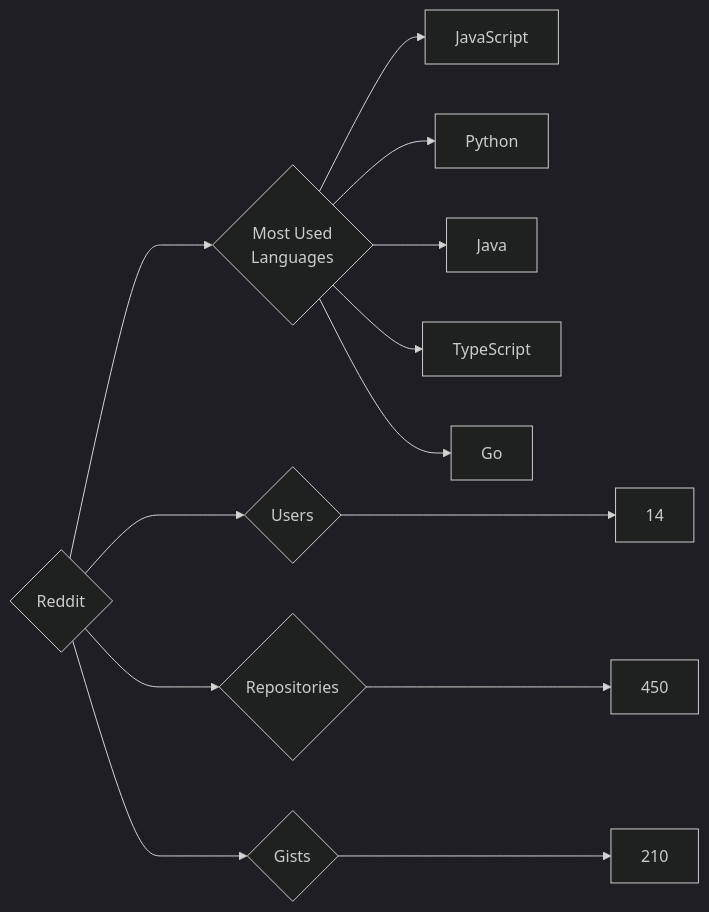
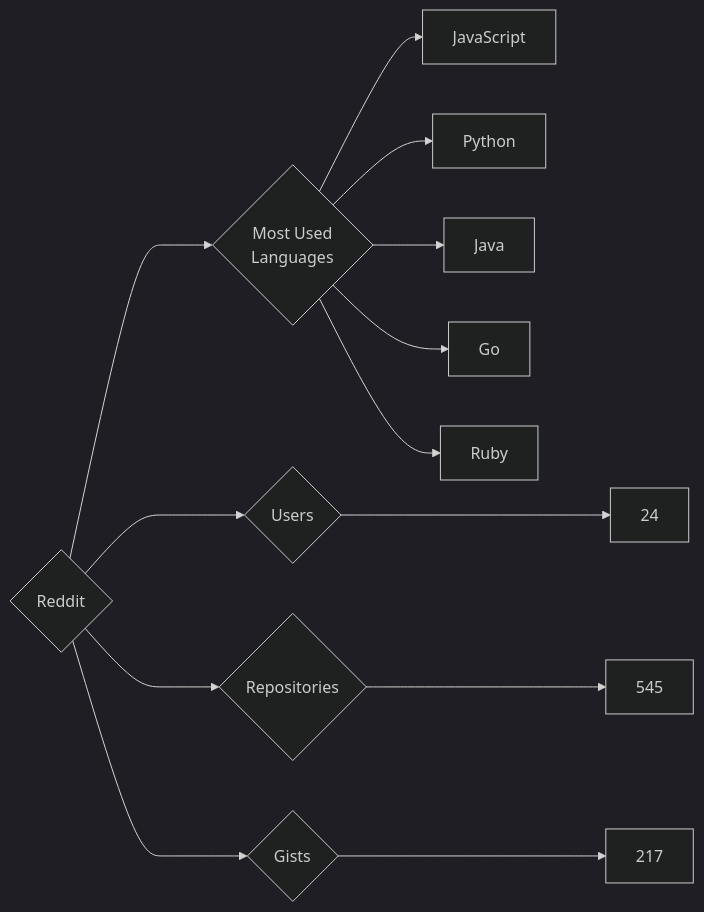
Before and after one commit to trickest/insiders: the diagram in targets/Reddit/README.md, drawn with Mermaid (dark theme). The commit also changed 973 other files, not shown here.

````diff
--- a/targets/Reddit/README.md
+++ b/targets/Reddit/README.md
@@ -3,13 +3,13 @@
 ```mermaid
 graph LR
 COMPANY_NAME{Reddit}
-COMPANY_NAME ---> U{Users} ---> UN[14]
-COMPANY_NAME ---> R{Repositories} ---> RN[450]
-COMPANY_NAME ---> G{Gists} ---> GN[210]
+COMPANY_NAME ---> U{Users} ---> UN[24]
+COMPANY_NAME ---> R{Repositories} ---> RN[545]
+COMPANY_NAME ---> G{Gists} ---> GN[217]
 COMPANY_NAME ---> ML{Most Used<br>Languages}
 ML --> JavaScript[JavaScript]
 ML --> Python[Python]
 ML --> Java[Java]
-ML --> TypeScript[TypeScript]
 ML --> Go[Go]
+ML --> Ruby[Ruby]
 ```
````
